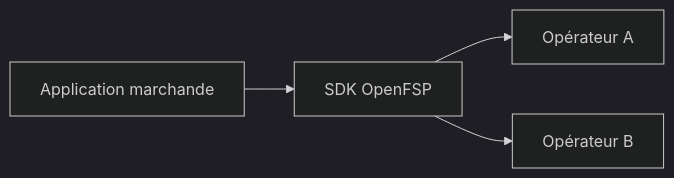
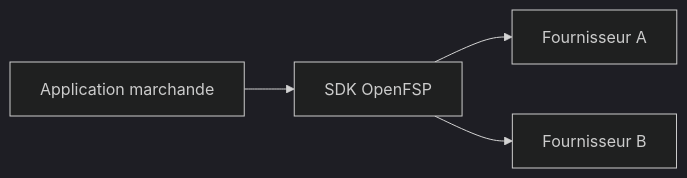
Before and after one commit to openfspht/openfsp.org: the diagram in content/docs/index.mdx, drawn with Mermaid (dark theme). The commit also changed 14 other files, not shown here.

````diff
--- a/content/docs/index.mdx
+++ b/content/docs/index.mdx
@@ -10,6 +10,6 @@
 ```mermaid
 flowchart LR
     A["Application marchande"] --> S["SDK OpenFSP"]
-    S --> P1["Opérateur A"]
-    S --> P2["Opérateur B"]
+    S --> P1["Fournisseur A"]
+    S --> P2["Fournisseur B"]
 ```
````
